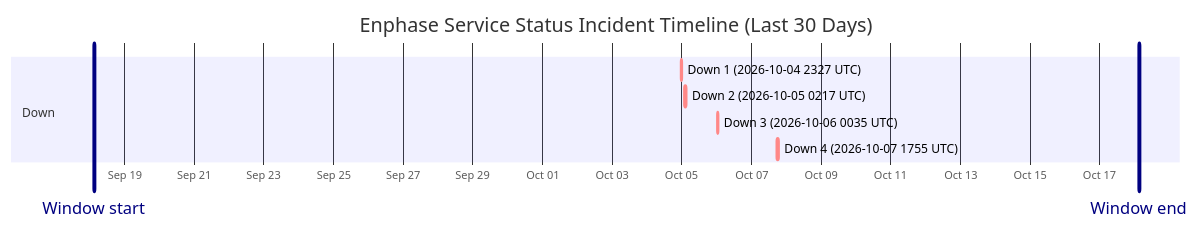
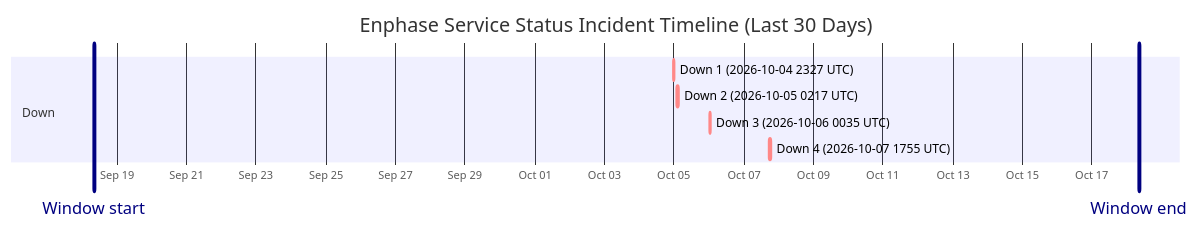
One commit to barneyonline/ha-enphase-energy changed the diagram in wiki/Service-Status-History.md. Above: the diagram before and after it, drawn with Mermaid. The commit also changed other lines of this file and 3 other files, not shown here.

````diff
--- a/wiki/Service-Status-History.md
+++ b/wiki/Service-Status-History.md
@@ -14,13 +14,13 @@
 ```mermaid
 gantt
     title Enphase Service Status Incident Timeline (Last 30 Days)
     dateFormat  YYYY-MM-DDTHH:mm:ss
     axisFormat  %b %d
-    Window start :vert, window-start, 2026-09-18T03:06:28, 0ms
-    Window end :vert, window-end, 2026-10-18T03:06:28, 0ms
+    Window start :vert, window-start, 2026-09-18T08:13:47, 0ms
+    Window end :vert, window-end, 2026-10-18T08:13:47, 0ms
     section Down
     Down 1 (2026-10-04 2327 UTC) :crit, down-1, 2026-10-04T23:27:34, 60m
     Down 2 (2026-10-05 0217 UTC) :crit, down-2, 2026-10-05T02:17:30, 60m
     Down 3 (2026-10-06 0035 UTC) :crit, down-3, 2026-10-06T00:35:21, 60m
     Down 4 (2026-10-07 1755 UTC) :crit, down-4, 2026-10-07T17:55:16, 60m
 ```
````
